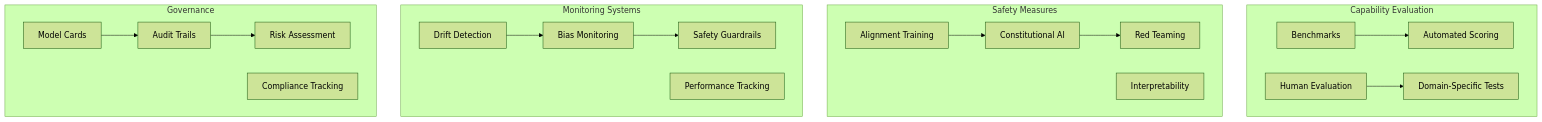
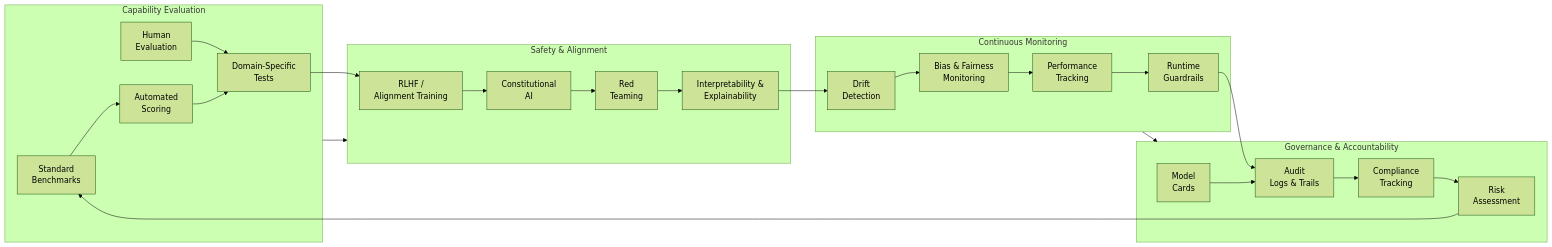
One commit to cassmastern/lers-sandbox changed the fifth of 5 diagrams in docs/sec_freeform/gen-ai-landscape-primer.md. Above: the diagram before and after it, drawn with Mermaid (forest theme). The commit also changed other lines of this file and 140 other files, not shown here.

````diff
--- a/docs/sec_freeform/gen-ai-landscape-primer.md
+++ b/docs/sec_freeform/gen-ai-landscape-primer.md
@@ -248,39 +282,43 @@
 ```mermaid
-flowchart TB
+flowchart LR
   subgraph Capability_Eval["Capability Evaluation"]
-    BENCH["Benchmarks"]
-    HUMAN["Human Evaluation"]
-    AUTO["Automated Scoring"]
-    DOMAIN["Domain-Specific Tests"]
+    BENCH["Standard<br>Benchmarks"]
+    HUMAN["Human<br>Evaluation"]
+    AUTO["Automated<br>Scoring"]
+    DOMAIN["Domain-Specific<br>Tests"]
+    BENCH --> AUTO --> DOMAIN
+    HUMAN --> DOMAIN
   end
 
-  subgraph Safety_Measures["Safety Measures"]
-    ALIGN["Alignment Training"]
-    CONST["Constitutional AI"]
-    RED["Red Teaming"]
-    INTERP["Interpretability"]
+  subgraph Safety_Measures["Safety & Alignment"]
+    ALIGN["RLHF /<br>Alignment Training"]
+    CONST["Constitutional<br>AI"]
+    RED["Red<br>Teaming"]
+    INTERP["Interpretability &<br>Explainability"]
+    ALIGN --> CONST --> RED --> INTERP
   end
 
-  subgraph Monitoring["Monitoring Systems"]
-    DRIFT["Drift Detection"]
-    BIAS["Bias Monitoring"]
-    PERF["Performance Tracking"]
-    GUARD["Safety Guardrails"]
+  subgraph Monitoring["Continuous Monitoring"]
+    DRIFT["Drift<br>Detection"]
+    BIAS["Bias & Fairness<br>Monitoring"]
+    PERF["Performance<br>Tracking"]
+    GUARD["Runtime<br>Guardrails"]
+    DRIFT --> BIAS --> PERF --> GUARD
   end
 
-  subgraph Governance["Governance"]
-    CARDS["Model Cards"]
-    AUDIT["Audit Trails"]
-    COMP["Compliance Tracking"]
-    RISK["Risk Assessment"]
+  subgraph Governance["Governance & Accountability"]
+    CARDS["Model<br>Cards"]
+    AUDIT["Audit<br>Logs & Trails"]
+    COMP["Compliance<br>Tracking"]
+    RISK["Risk<br>Assessment"]
+    CARDS --> AUDIT --> COMP --> RISK
   end
 
-  BENCH --> AUTO
-  HUMAN --> DOMAIN
-  ALIGN --> CONST
-  CONST --> RED
-  DRIFT --> BIAS
-  BIAS --> GUARD
-  CARDS --> AUDIT
-  AUDIT --> RISK
+  Capability_Eval --> Safety_Measures
+  Monitoring --> Governance
+
+  DOMAIN --> ALIGN
+  INTERP --> DRIFT
+  GUARD --> AUDIT
+  RISK --> BENCH
 ```
````
